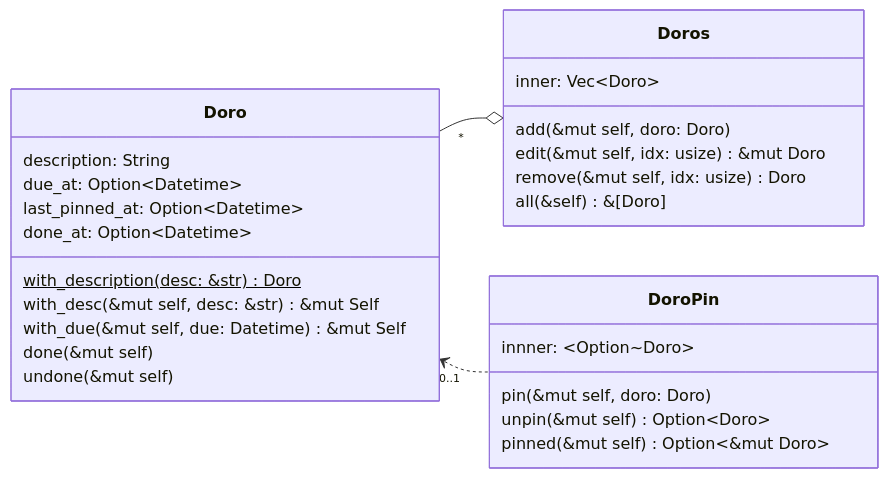
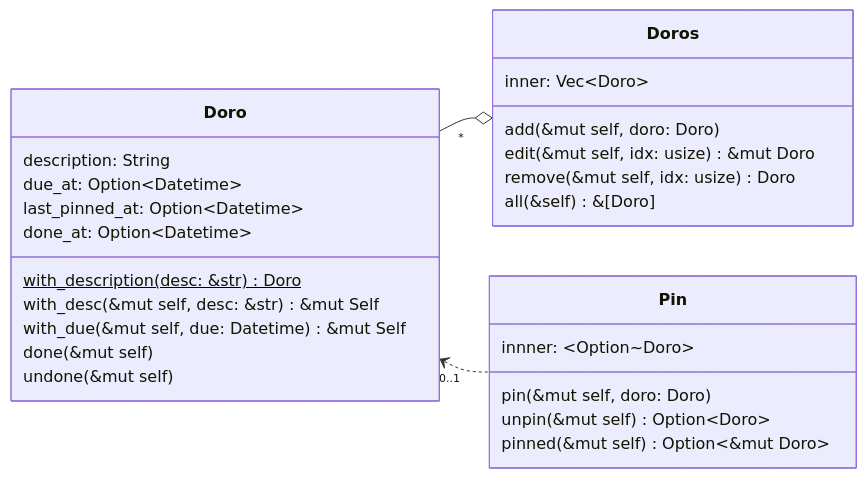
One commit to huangjj27/huangjj27.github.io changed the fourth of 5 diagrams in src/pomo_doro/doro.md. Above: the diagram before and after it, drawn with Mermaid. The commit also changed other lines of this file, not shown here.

Commit message:
sprint1(pomo_doro): DoroPin -> Pin

````diff
--- a/src/pomo_doro/doro.md
+++ b/src/pomo_doro/doro.md
@@ -60,33 +60,33 @@
 ```mermaid
 classDiagram
     direction LR
     Doro "*" --o Doros
-    Doro "0..1" <.. DoroPin
+    Doro "0..1" <.. Pin
 
     class Doro {
         description: String
         due_at: Option~Datetime~
         last_pinned_at: Option~Datetime~
         done_at: Option~Datetime~
         with_description(desc: &str) Doro$
         with_desc(&mut self, desc: &str) &mut Self
         with_due(&mut self, due: Datetime) &mut Self
         done(&mut self)
         undone(&mut self)
     }
 
     class Doros {
         inner: Vec~Doro~
         add(&mut self, doro: Doro)
         edit(&mut self, idx: usize) &mut Doro
         remove(&mut self, idx: usize) Doro
         all(&self) &[Doro]
     }
 
-    class DoroPin {
+    class Pin {
         innner: ~Option~Doro~
         pin(&mut self, doro: Doro)
         unpin(&mut self) Option~Doro~
         pinned(&mut self) Option~&mut Doro~
     }
 ```
````
